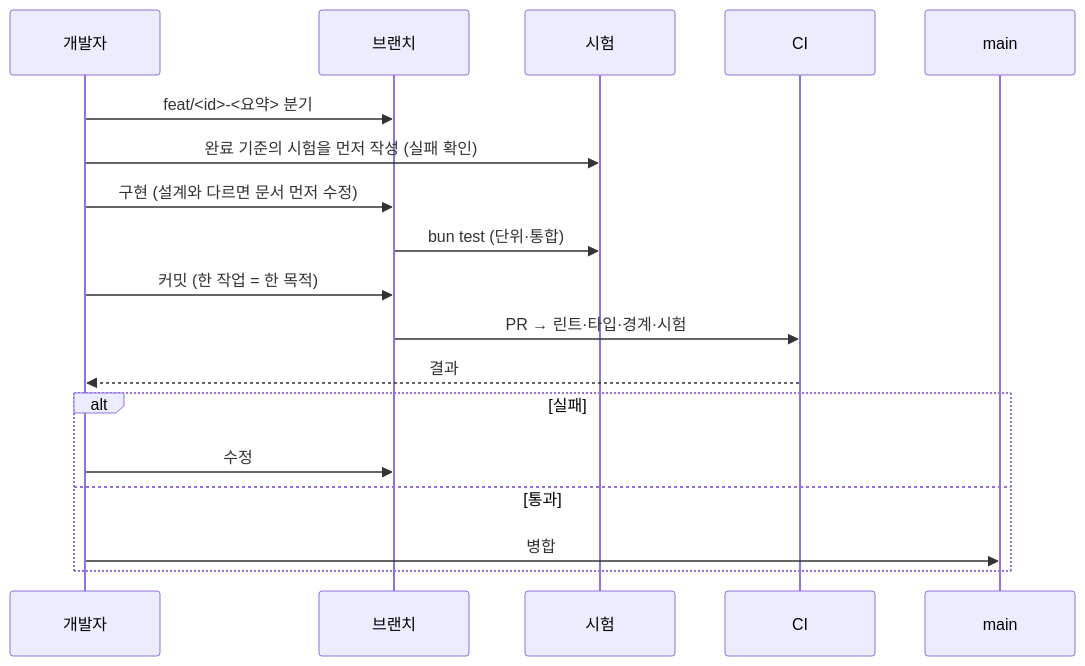
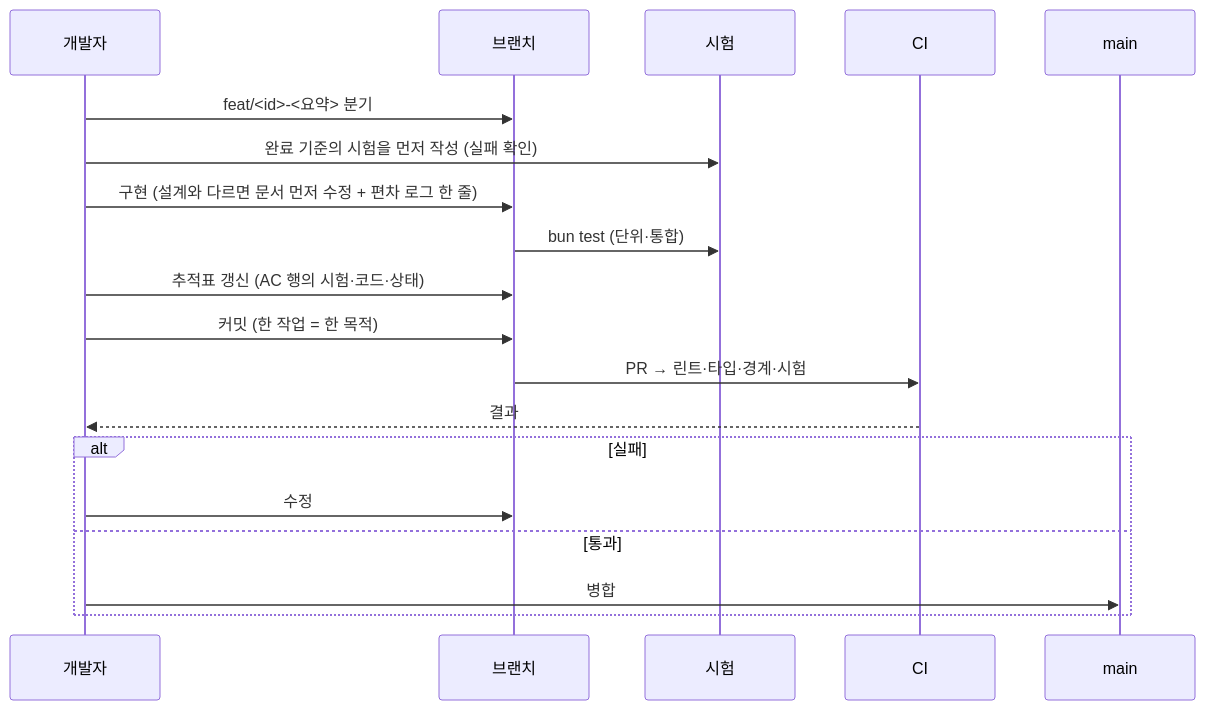
One commit to 1985jwlee/portpolio_backend changed the third of 3 diagrams in docs/design/11-implementation-plan.md. Above: the diagram before and after it, drawn with Mermaid. The commit also changed other lines of this file and 3 other files, not shown here.

````diff
--- a/docs/design/11-implementation-plan.md
+++ b/docs/design/11-implementation-plan.md
@@ -205,20 +208,21 @@
 ```mermaid
 sequenceDiagram
     participant D as 개발자
     participant B as 브랜치
     participant T as 시험
     participant CI as CI
     participant M as main
     D->>B: feat/<id>-<요약> 분기
     D->>T: 완료 기준의 시험을 먼저 작성 (실패 확인)
-    D->>B: 구현 (설계와 다르면 문서 먼저 수정)
+    D->>B: 구현 (설계와 다르면 문서 먼저 수정 + 편차 로그 한 줄)
     B->>T: bun test (단위·통합)
+    D->>B: 추적표 갱신 (AC 행의 시험·코드·상태)
     D->>B: 커밋 (한 작업 = 한 목적)
     B->>CI: PR → 린트·타입·경계·시험
     CI-->>D: 결과
     alt 실패
         D->>B: 수정
     else 통과
         D->>M: 병합
     end
 ```
````
